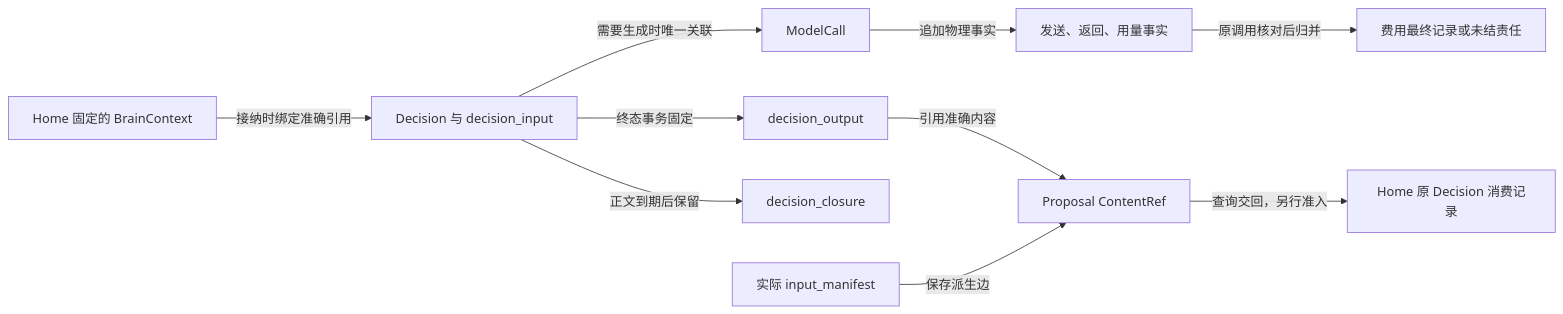
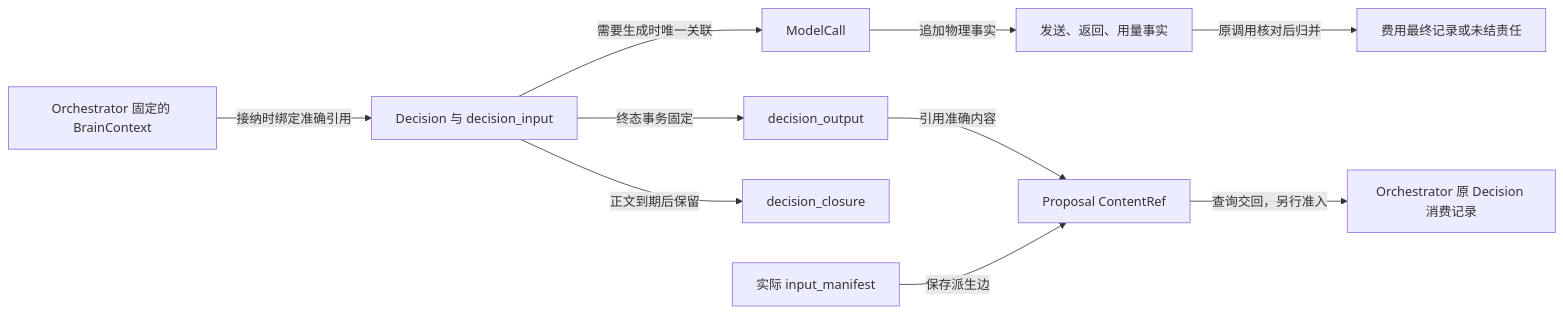
Before and after one commit to ruipengliu/lerna: the second of 3 diagrams in docs/architecture/brain/implementation.md, drawn with Mermaid. The commit also changed other lines of this file and 174 other files, not shown here.

````diff
--- a/docs/architecture/brain/implementation.md
+++ b/docs/architecture/brain/implementation.md
@@ -187,12 +187,12 @@
 ```mermaid
 flowchart LR
-    H[Home 固定的 BrainContext] -->|接纳时绑定准确引用| D[Decision 与 decision_input]
+    H[Orchestrator 固定的 BrainContext] -->|接纳时绑定准确引用| D[Decision 与 decision_input]
     D -->|需要生成时唯一关联| M[ModelCall]
     M -->|追加物理事实| F[发送、返回、用量事实]
     D -->|终态事务固定| O[decision_output]
     O -->|引用准确内容| P[Proposal ContentRef]
-    P -->|查询交回，另行准入| T[Home 原 Decision 消费记录]
+    P -->|查询交回，另行准入| T[Orchestrator 原 Decision 消费记录]
     D -->|正文到期后保留| X[decision_closure]
     F -->|原调用核对后归并| U[费用最终记录或未结责任]
     I[实际 input_manifest] -->|保存派生边| P
 ```
````
